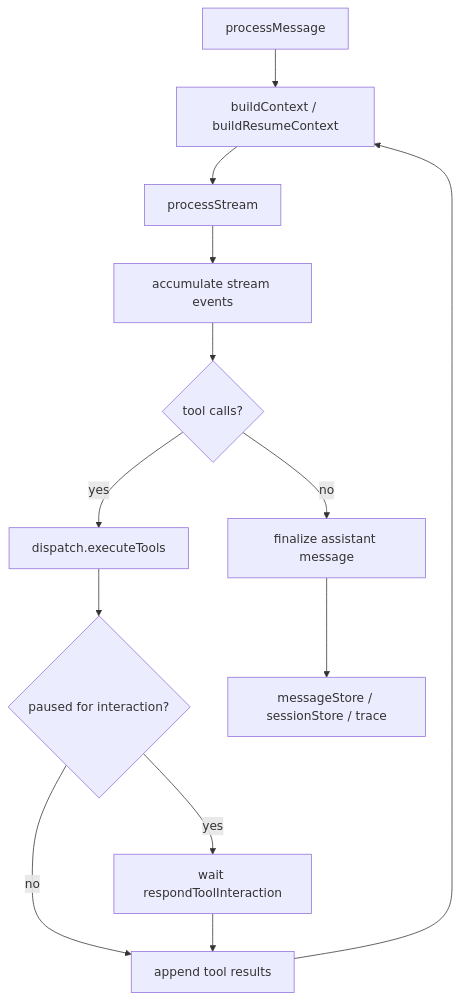
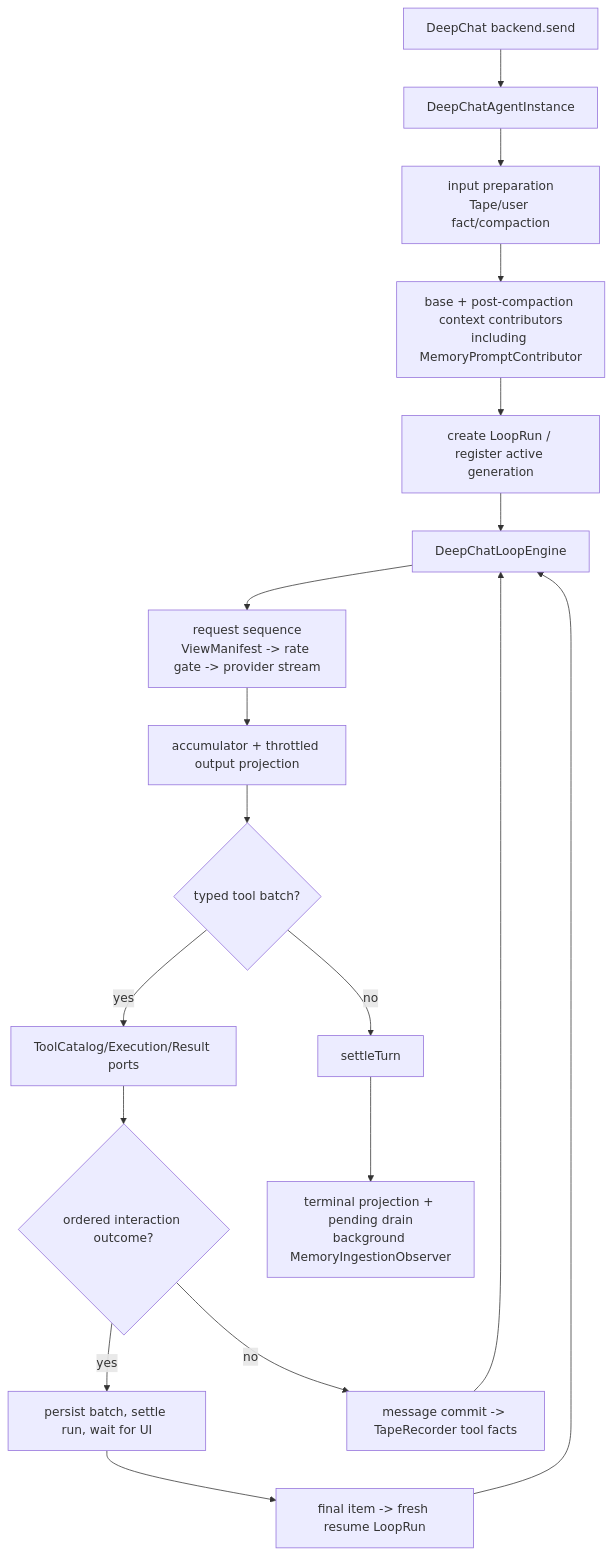
The second of 9 diagrams in docs/FLOWS.md (zerob13/deepchat), drawn with Mermaid before and after one commit. The commit also changed other lines of this file and 468 other files, not shown here.

````diff
--- a/docs/FLOWS.md
+++ b/docs/FLOWS.md
@@ -36,15 +46,20 @@
 ```mermaid
 flowchart TD
-    Start["processMessage"] --> Context["buildContext / buildResumeContext"]
-    Context --> Stream["processStream"]
-    Stream --> Acc["accumulate stream events"]
-    Acc --> ToolCheck{"tool calls?"}
-    ToolCheck -->|no| Finalize["finalize assistant message"]
-    ToolCheck -->|yes| Dispatch["dispatch.executeTools"]
-    Dispatch --> Resume{"paused for interaction?"}
-    Resume -->|yes| Wait["wait respondToolInteraction"]
-    Resume -->|no| Continue["append tool results"]
-    Wait --> Continue
-    Continue --> Context
-    Finalize --> Persist["messageStore / sessionStore / trace"]
+    Start["DeepChat backend.send"] --> Instance["DeepChatAgentInstance"]
+    Instance --> Prepare["input preparation<br/>Tape/user fact/compaction"]
+    Prepare --> Prompt["base + post-compaction context contributors<br/>including MemoryPromptContributor"]
+    Prompt --> Run["create LoopRun / register active generation"]
+    Run --> Engine["DeepChatLoopEngine"]
+    Engine --> Attempt["request sequence<br/>ViewManifest -> rate gate -> provider stream"]
+    Attempt --> Acc["accumulator + throttled output projection"]
+    Acc --> ToolCheck{"typed tool batch?"}
+    ToolCheck -->|no| Settle["settleTurn"]
+    ToolCheck -->|yes| Tools["ToolCatalog/Execution/Result ports"]
+    Tools --> Outcome{"ordered interaction outcome?"}
+    Outcome -->|yes| Pause["persist batch, settle run, wait for UI"]
+    Outcome -->|no| Tape["message commit -> TapeRecorder tool facts"]
+    Tape --> Engine
+    Pause --> Fresh["final item -> fresh resume LoopRun"]
+    Fresh --> Engine
+    Settle --> Observe["terminal projection + pending drain<br/>background MemoryIngestionObserver"]
 ```
````
